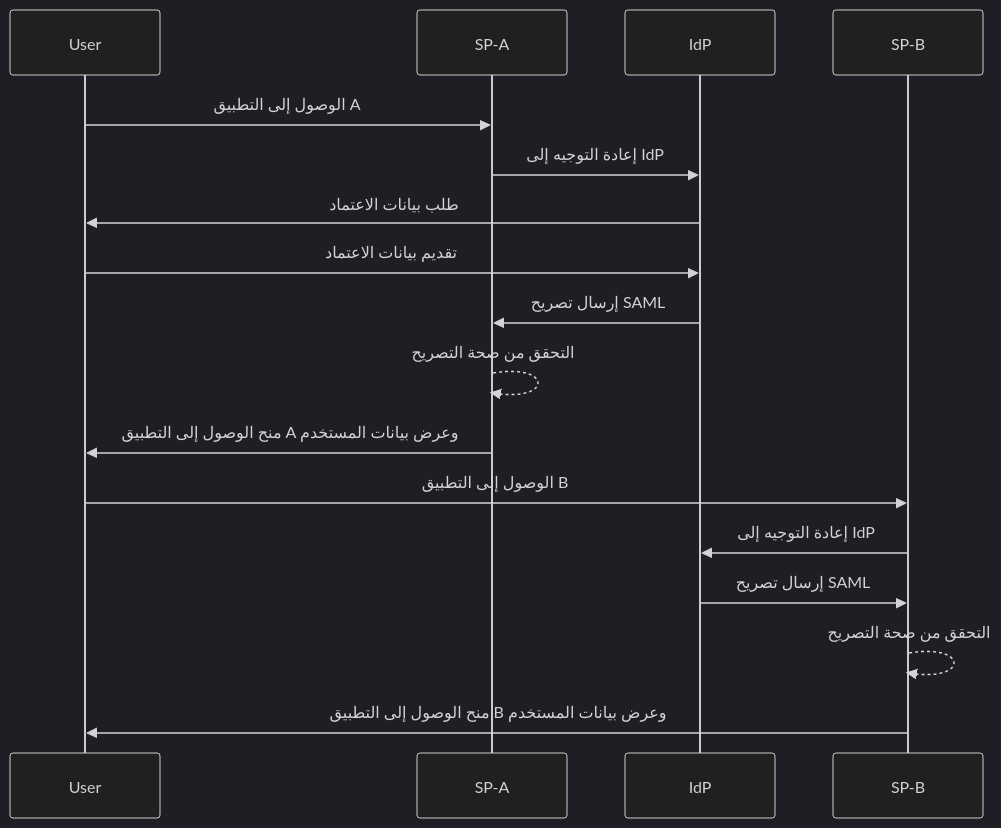
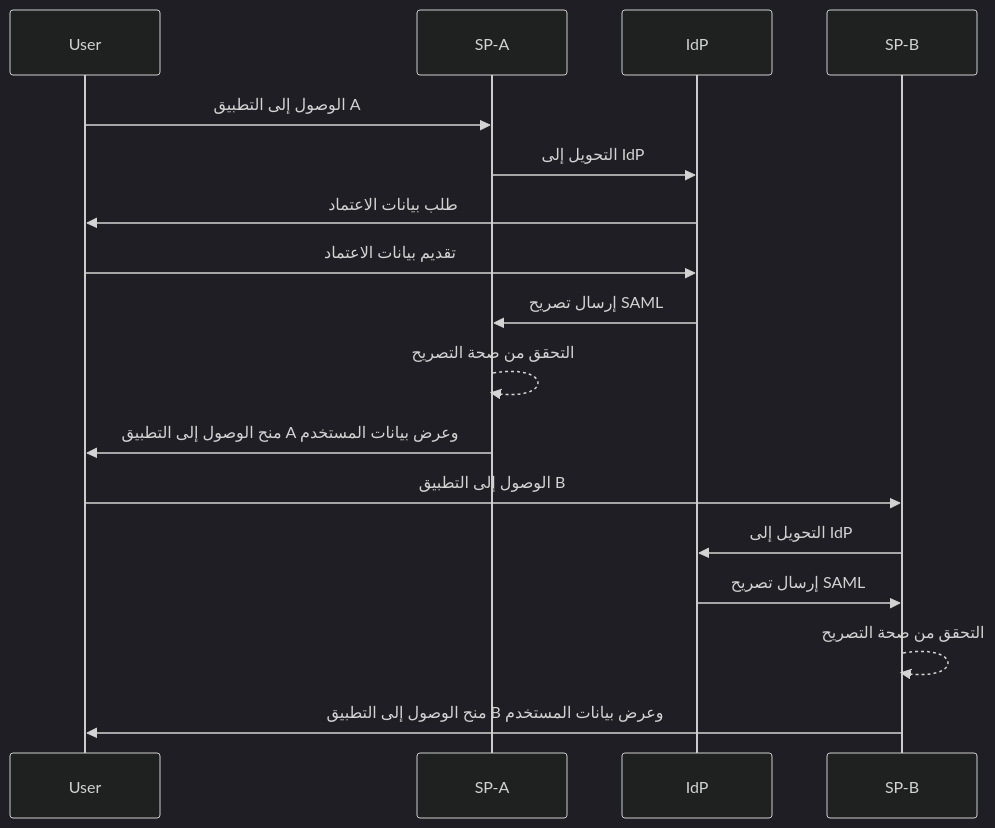
The first of 2 diagrams in src/content/terms/ar/single-sign-on.mdx (logto-io/auth-wiki), drawn with Mermaid (dark theme) before and after one commit. The commit also changed other lines of this file and 48 other files, not shown here.

````diff
--- a/src/content/terms/ar/single-sign-on.mdx
+++ b/src/content/terms/ar/single-sign-on.mdx
@@ -29,20 +29,20 @@
 ```mermaid
 sequenceDiagram
     participant User
     participant SP-A
     participant IdP
     participant SP-B
 
     User->>SP-A: الوصول إلى التطبيق A
-    SP-A->>IdP: إعادة التوجيه إلى IdP
+    SP-A->>IdP: التحويل إلى IdP
     IdP->>User: طلب بيانات الاعتماد
     User->>IdP: تقديم بيانات الاعتماد
     IdP->>SP-A: إرسال تصريح SAML
     SP-A-->>SP-A: التحقق من صحة التصريح
     SP-A->>User: منح الوصول إلى التطبيق A وعرض بيانات المستخدم
     User->>SP-B: الوصول إلى التطبيق B
-    SP-B->>IdP: إعادة التوجيه إلى IdP
+    SP-B->>IdP: التحويل إلى IdP
     IdP->>SP-B: إرسال تصريح SAML
     SP-B-->>SP-B: التحقق من صحة التصريح
     SP-B->>User: منح الوصول إلى التطبيق B وعرض بيانات المستخدم
 ```
````
